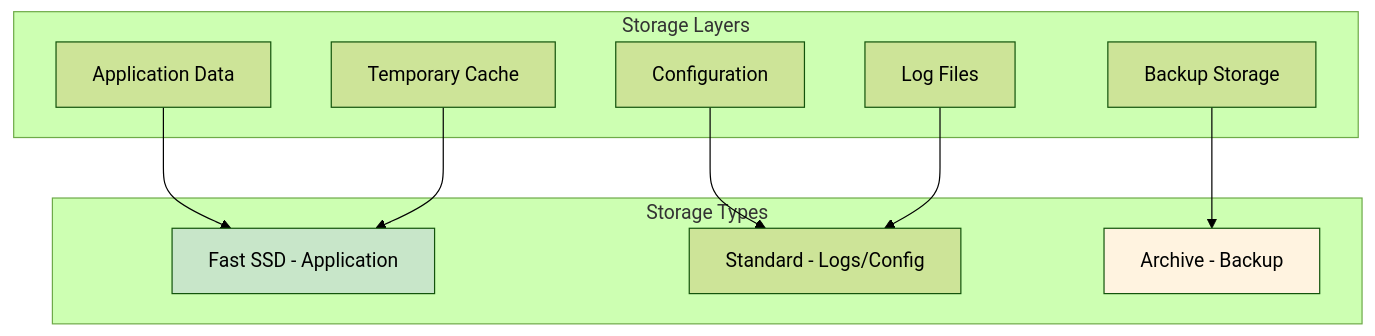
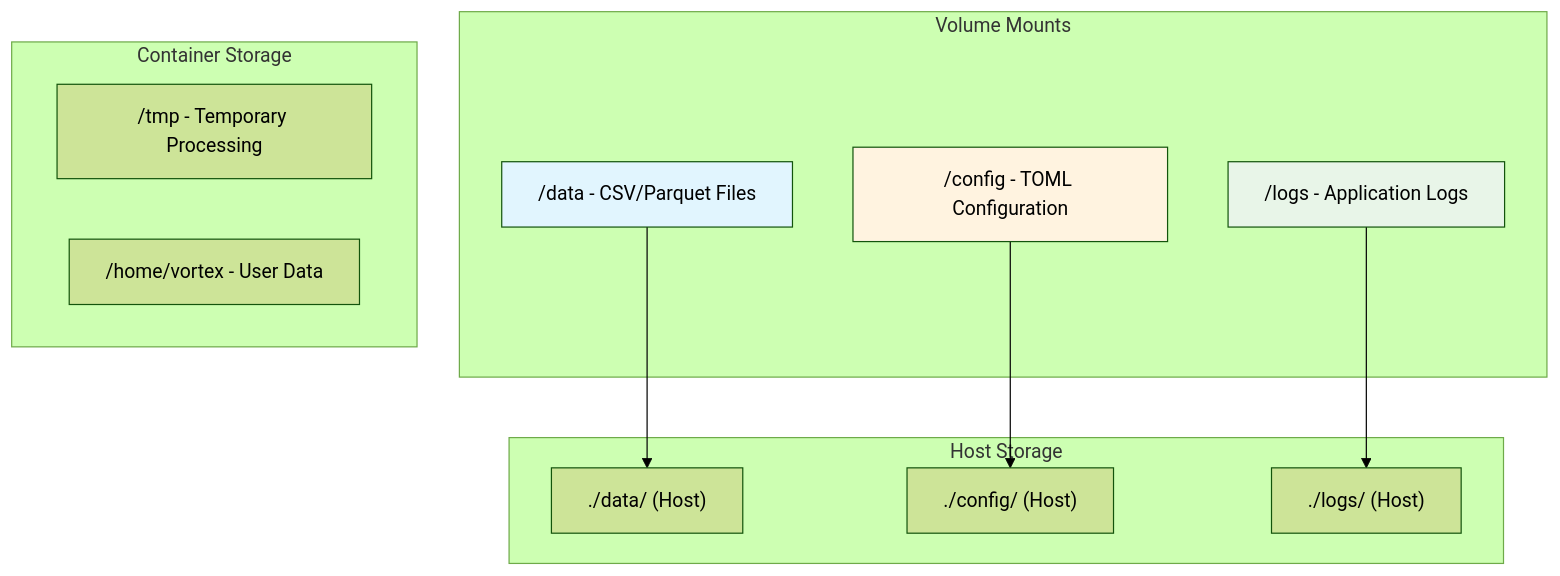
Before and after one commit to makutaku/vortex: the third of 5 diagrams in docs/design/hld/07-deployment-architecture.md, drawn with Mermaid (forest theme). The commit also changed other lines of this file and 2 other files, not shown here.

````diff
--- a/docs/design/hld/07-deployment-architecture.md
+++ b/docs/design/hld/07-deployment-architecture.md
@@ -503,25 +451,27 @@
 ```mermaid
 graph TB
-    subgraph "Storage Layers"
-        App[Application Data]
-        Config[Configuration]
-        Logs[Log Files]
-        Cache[Temporary Cache]
-        Backup[Backup Storage]
+    subgraph "Volume Mounts"
+        DataVol["/data - CSV/Parquet Files"]
+        ConfigVol["/config - TOML Configuration"]
+        LogsVol["/logs - Application Logs"]
     end
     
-    subgraph "Storage Types"
-        Fast[Fast SSD - Application]
-        Standard[Standard - Logs/Config]
-        Archive[Archive - Backup]
+    subgraph "Host Storage"
+        HostData["./data/ (Host)"]
+        HostConfig["./config/ (Host)"]
+        HostLogs["./logs/ (Host)"]
     end
     
-    App --> Fast
-    Config --> Standard
-    Logs --> Standard
-    Cache --> Fast
-    Backup --> Archive
+    subgraph "Container Storage"
+        TempData["/tmp - Temporary Processing"]
+        AppCache["/home/vortex - User Data"]
+    end
     
-    style Fast fill:#c8e6c9
-    style Archive fill:#fff3e0
+    DataVol --> HostData
+    ConfigVol --> HostConfig
+    LogsVol --> HostLogs
+    
+    style DataVol fill:#e1f5fe
+    style ConfigVol fill:#fff3e0
+    style LogsVol fill:#e8f5e8
 ```
````
